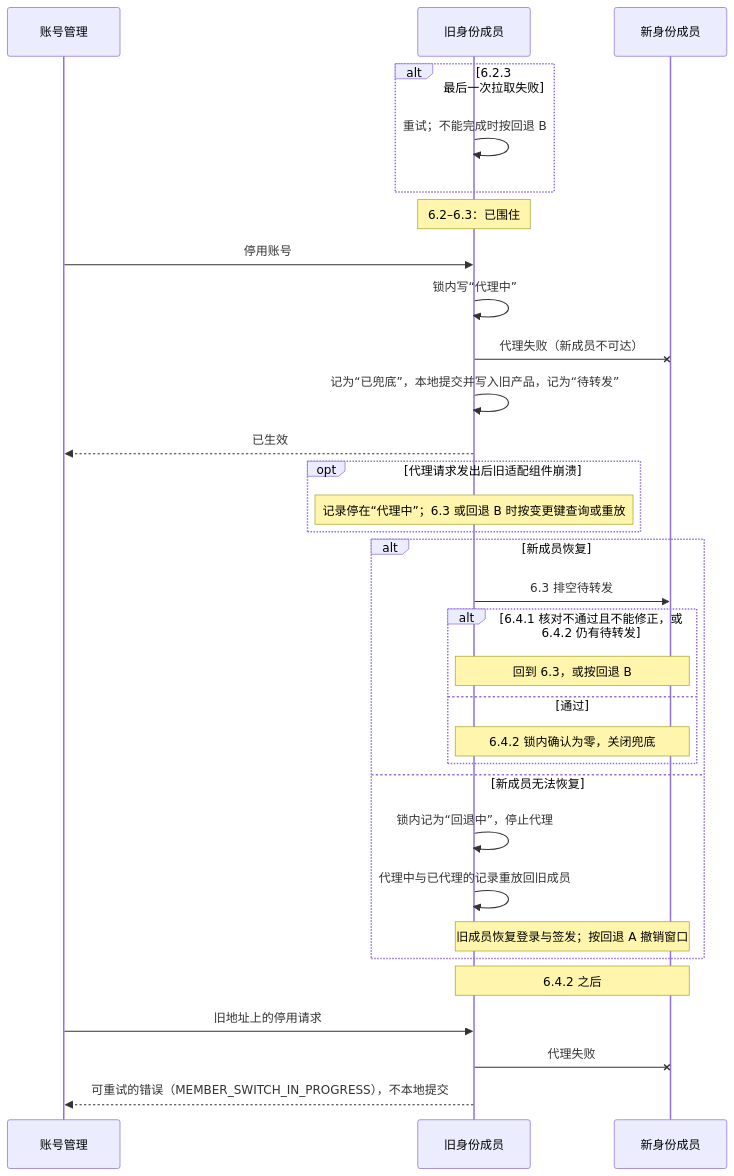
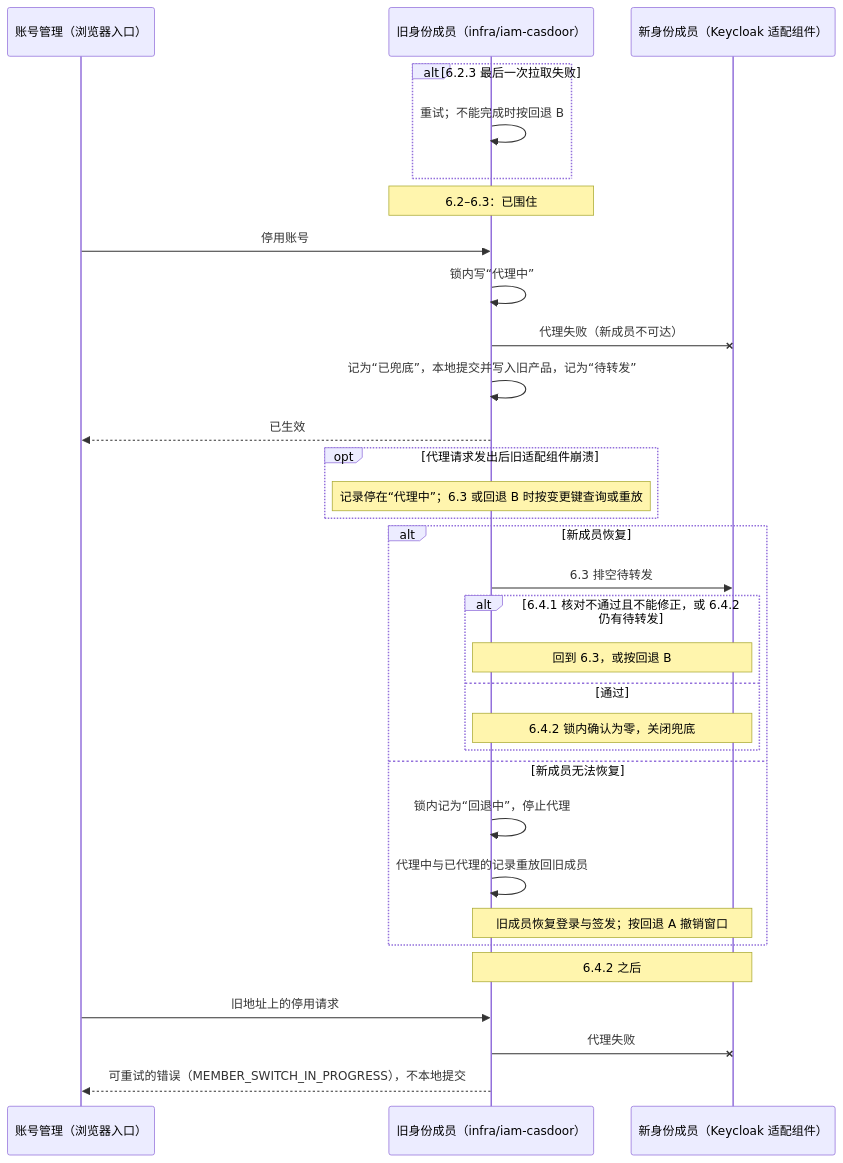
Before and after one commit to brickKit/be-assembly-standard: the second of 2 diagrams in tempDocs/final/06-protocols/security/11-identity-member-switching.md, drawn with Mermaid. The commit also changed other lines of this file and 15 other files, not shown here.

````diff
--- a/tempDocs/final/06-protocols/security/11-identity-member-switching.md
+++ b/tempDocs/final/06-protocols/security/11-identity-member-switching.md
@@ -208,34 +210,34 @@
 ```mermaid
 sequenceDiagram
-    participant Op as 账号管理
-    participant Old as 旧身份成员
-    participant New as 新身份成员
+    participant Op as 账号管理（浏览器入口）
+    participant Old as 旧身份成员（infra/iam-casdoor）
+    participant New as 新身份成员（Keycloak 适配组件）
     alt 6.2.3 最后一次拉取失败
         Old->>Old: 重试；不能完成时按回退 B
     end
     Note over Old: 6.2–6.3：已围住
     Op->>Old: 停用账号
     Old->>Old: 锁内写“代理中”
     Old-xNew: 代理失败（新成员不可达）
     Old->>Old: 记为“已兜底”，本地提交并写入旧产品，记为“待转发”
     Old-->>Op: 已生效
     opt 代理请求发出后旧适配组件崩溃
         Note over Old: 记录停在“代理中”；6.3 或回退 B 时按变更键查询或重放
     end
     alt 新成员恢复
         Old->>New: 6.3 排空待转发
         alt 6.4.1 核对不通过且不能修正，或 6.4.2 仍有待转发
             Note over Old,New: 回到 6.3，或按回退 B
         else 通过
             Note over Old,New: 6.4.2 锁内确认为零，关闭兜底
         end
     else 新成员无法恢复
         Old->>Old: 锁内记为“回退中”，停止代理
         Old->>Old: 代理中与已代理的记录重放回旧成员
         Note over Old,New: 旧成员恢复登录与签发；按回退 A 撤销窗口
     end
     Note over Old,New: 6.4.2 之后
     Op->>Old: 旧地址上的停用请求
     Old-xNew: 代理失败
     Old-->>Op: 可重试的错误（MEMBER_SWITCH_IN_PROGRESS），不本地提交
 ```
````
